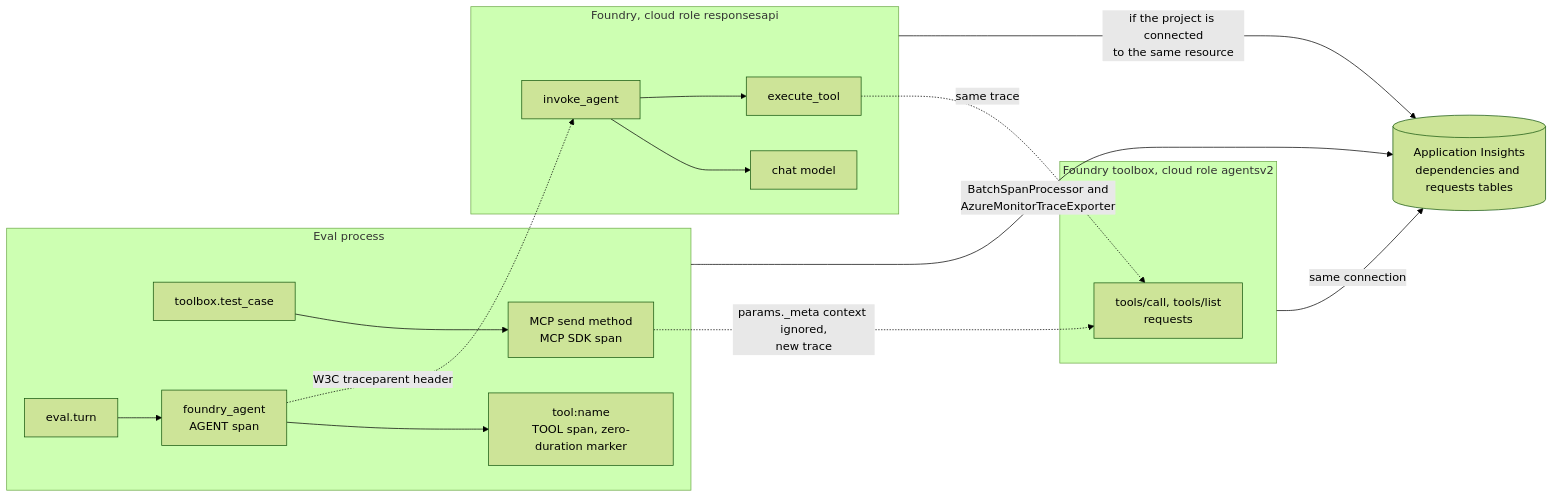
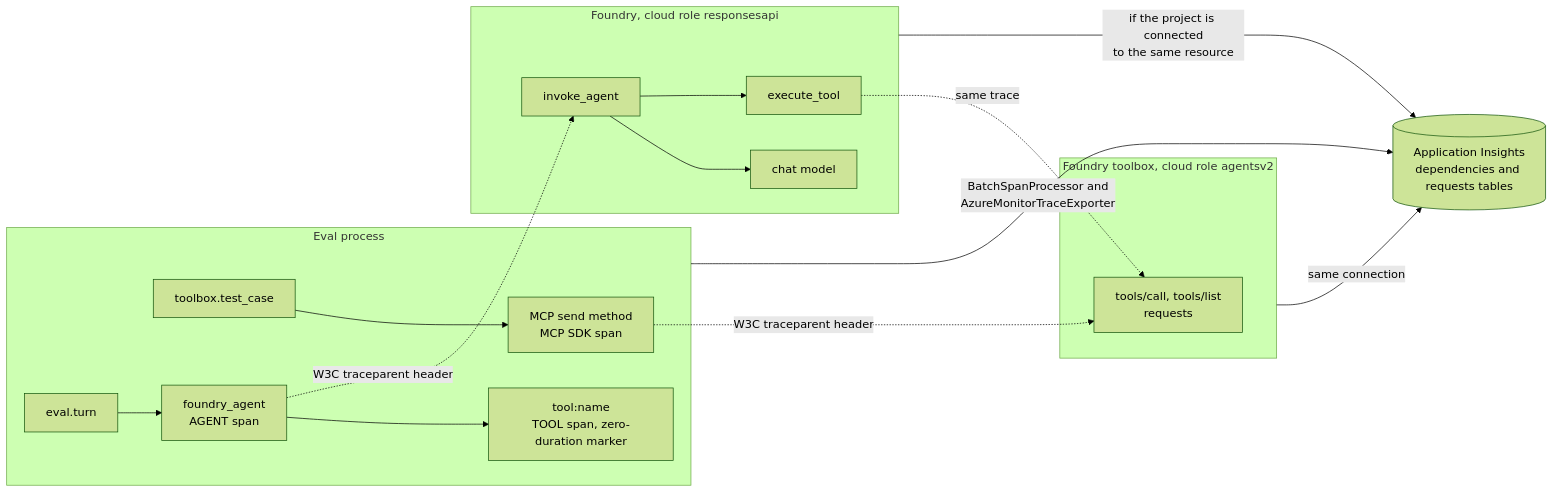
One commit to bradrlaw/foundryToolboxEval changed diagram 16 of 17 in docs/architecture.md. Above: the diagram before and after it, drawn with Mermaid (forest theme). The commit also changed other lines of this file and 5 other files, not shown here.

First line of the commit message:
Send traceparent from the tool runner so toolbox spans join the case trace

````diff
--- a/docs/architecture.md
+++ b/docs/architecture.md
@@ -641,21 +643,21 @@
 ```mermaid
 flowchart LR
     subgraph local["Eval process"]
         tc["toolbox.test_case"] --> send["MCP send method<br/>MCP SDK span"]
         turn["eval.turn"] --> fa["foundry_agent<br/>AGENT span"]
         fa --> tool["tool:name<br/>TOOL span, zero-duration marker"]
     end
     subgraph server["Foundry, cloud role responsesapi"]
         inv["invoke_agent"] --> chat["chat model"]
         inv --> exec["execute_tool"]
     end
     subgraph tbx["Foundry toolbox, cloud role agentsv2"]
         req["tools/call, tools/list<br/>requests"]
     end
     fa -.->|"W3C traceparent header"| inv
     exec -.->|"same trace"| req
-    send -.->|"params._meta context ignored,<br/>new trace"| req
+    send -.->|"W3C traceparent header"| req
     local -->|"BatchSpanProcessor and<br/>AzureMonitorTraceExporter"| appi[("Application Insights<br/>dependencies and requests tables")]
     server -->|"if the project is connected<br/>to the same resource"| appi
     tbx -->|"same connection"| appi
 ```
````
